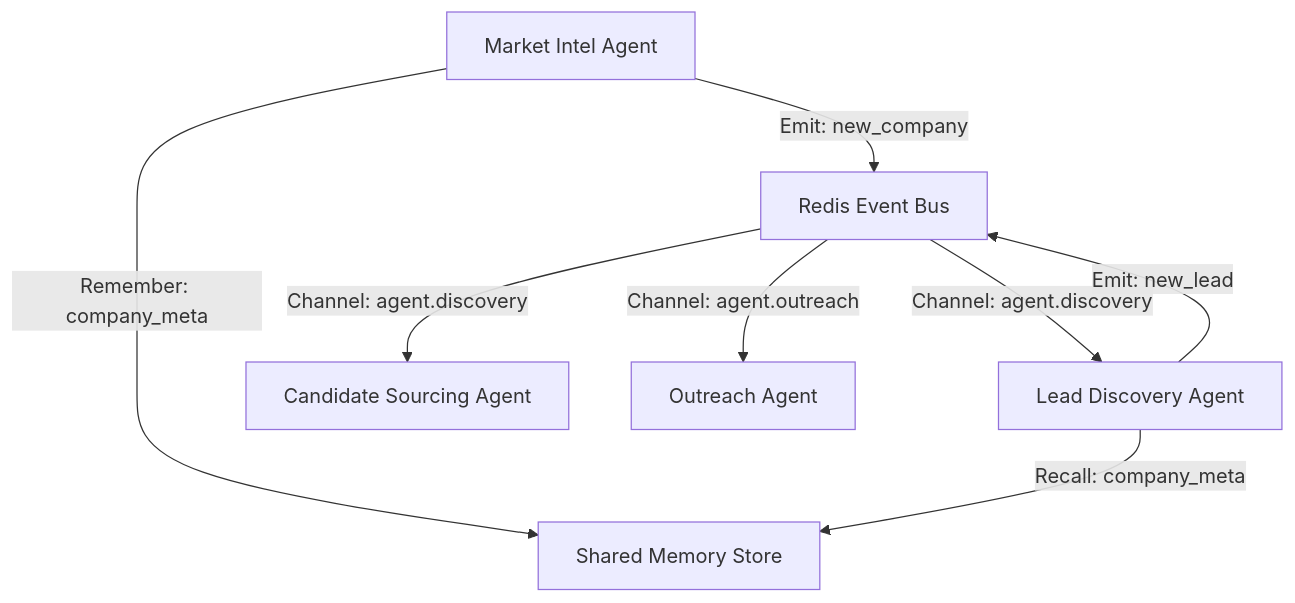
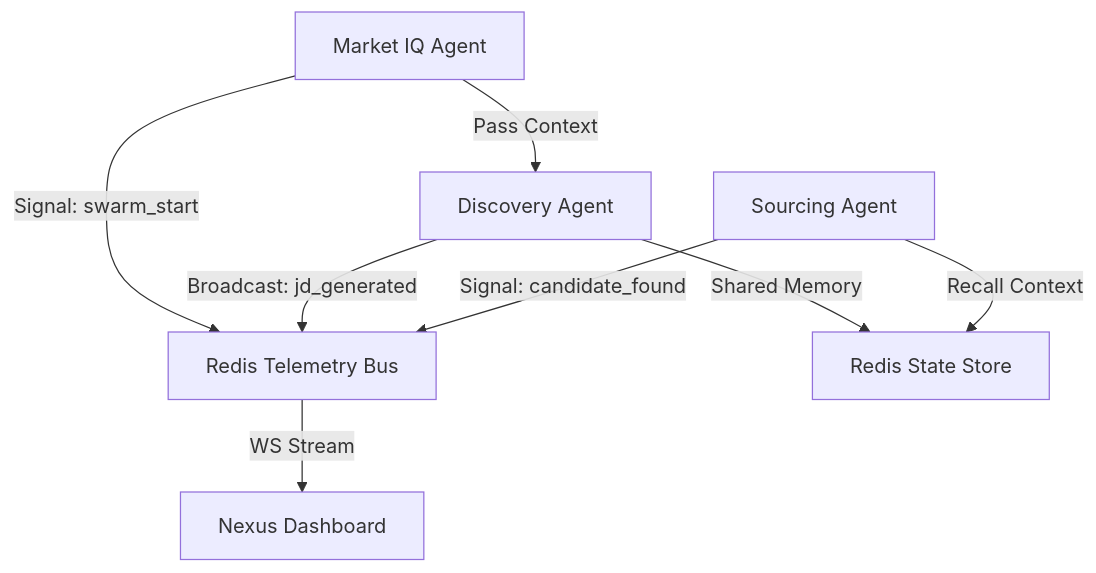
One commit to DeepakSondal/DVT-Talent-Calude changed the diagram in docs/AGENT_COMMUNICATION.md. Above: the diagram before and after it, drawn with Mermaid. The commit also changed other lines of this file and 106 other files, not shown here.

````diff
--- a/docs/AGENT_COMMUNICATION.md
+++ b/docs/AGENT_COMMUNICATION.md
@@ -6,12 +6,12 @@
 ```mermaid
 graph TD
-    A[Market Intel Agent] -->|Emit: new_company| BUS[Redis Event Bus]
-    BUS -->|Channel: agent.discovery| B[Lead Discovery Agent]
-    BUS -->|Channel: agent.discovery| C[Candidate Sourcing Agent]
+    A[Market IQ Agent] -->|Signal: swarm_start| BUS[Redis Telemetry Bus]
+    A -->|Pass Context| B[Discovery Agent]
+    B -->|Broadcast: jd_generated| BUS
     
-    A -->|Remember: company_meta| MEM[Shared Memory Store]
-    B -->|Recall: company_meta| MEM
+    B -->|Shared Memory| MEM[Redis State Store]
+    C[Sourcing Agent] -->|Recall Context| MEM
     
-    B -->|Emit: new_lead| BUS
-    BUS -->|Channel: agent.outreach| D[Outreach Agent]
+    C -->|Signal: candidate_found| BUS
+    BUS -->|WS Stream| UI[Nexus Dashboard]
 ```
````
